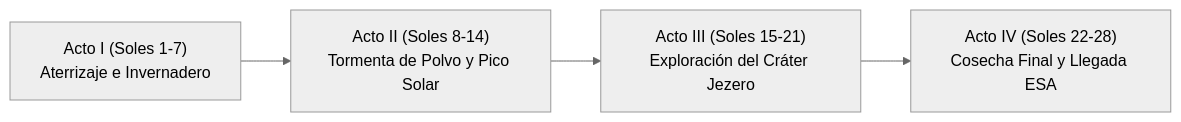
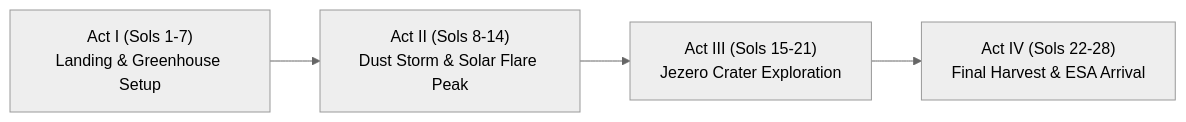
One commit to Mateo-tem/Astranoesis-KHIPU-MARS changed the diagram in README.md. Above: the diagram before and after it, drawn with Mermaid (neutral theme). The commit also changed other lines of this file and 1 other file, not shown here.

````diff
--- a/README.md
+++ b/README.md
@@ -85,6 +84,6 @@
 ```mermaid
 flowchart LR
-    A["Acto I (Soles 1-7)<br/>Aterrizaje e Invernadero"] --> B["Acto II (Soles 8-14)<br/>Tormenta de Polvo y Pico Solar"]
-    B --> C["Acto III (Soles 15-21)<br/>Exploración del Cráter Jezero"]
-    C --> D["Acto IV (Soles 22-28)<br/>Cosecha Final y Llegada ESA"]
+    A["Act I (Sols 1-7)<br/>Landing & Greenhouse Setup"] --> B["Act II (Sols 8-14)<br/>Dust Storm & Solar Flare Peak"]
+    B --> C["Act III (Sols 15-21)<br/>Jezero Crater Exploration"]
+    C --> D["Act IV (Sols 22-28)<br/>Final Harvest & ESA Arrival"]
 ```
````
